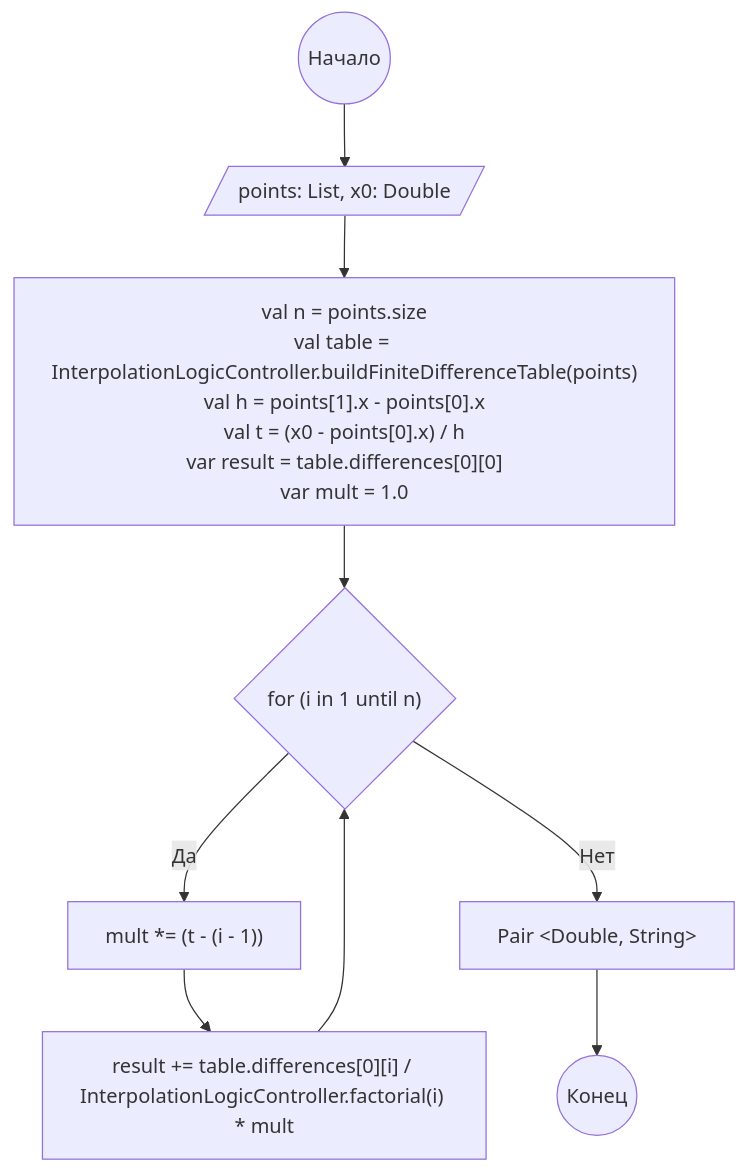
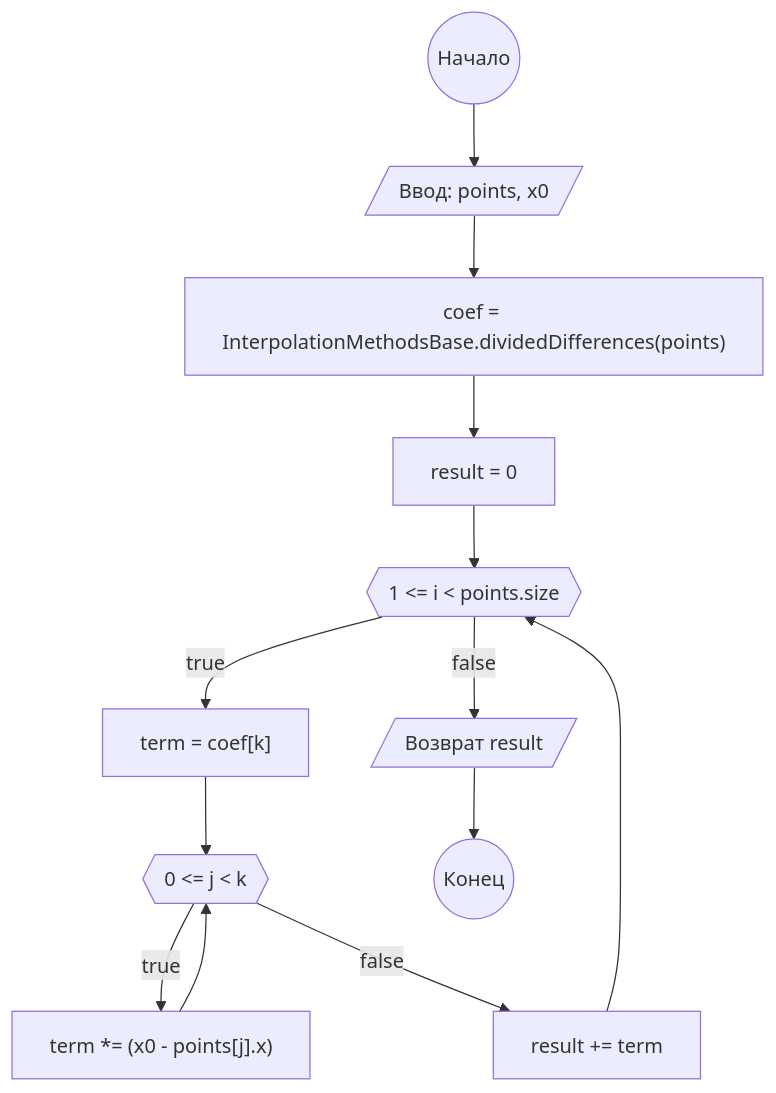
The diagram in docs/schemes/newton.mmd (arekalov/CompMat-lab5), drawn with Mermaid before and after one commit. The commit also changed 3 other files, not shown here.

```diff
--- a/docs/schemes/newton.mmd
+++ b/docs/schemes/newton.mmd
@@ -1,13 +1,16 @@
 graph TD
     A(("Начало"))
-    B[/"points: List<DataPoint>, x0: Double"/]
-    C["val n = points.size\nval table = InterpolationLogicController.buildFiniteDifferenceTable(points)\nval h = points[1].x - points[0].x\nval t = (x0 - points[0].x) / h\nvar result = table.differences[0][0]\nvar mult = 1.0" ]
-    D{"for (i in 1 until n)"}
-    E["mult *= (t - (i - 1))"]
-    F["result += table.differences[0][i] / InterpolationLogicController.factorial(i) * mult"]
-    I[Pair &lt;Double, String&gt; ]
+    B[/"Ввод: points, x0"/]
+    COEF["coef = InterpolationMethodsBase.dividedDifferences(points)"]
+    C["result = 0"]
+    D{{"1 <= i < points.size"}}
+    E["term = coef[k]"]
+    F{{"0 <= j < k"}}
+    G["term *= (x0 - points[j].x)"]
+    H["result += term"]
+    I[/"Возврат result"/]
     J(("Конец"))
 
-    A --> B --> C --> D
-    D -- Да --> E --> F --> D
-    D -- Нет --> I --> J 
+    A --> B --> COEF --> C --> D
+    D -- true --> E --> F -- true --> G --> F -- false --> H --> D
+    D -- false --> I --> J
```
